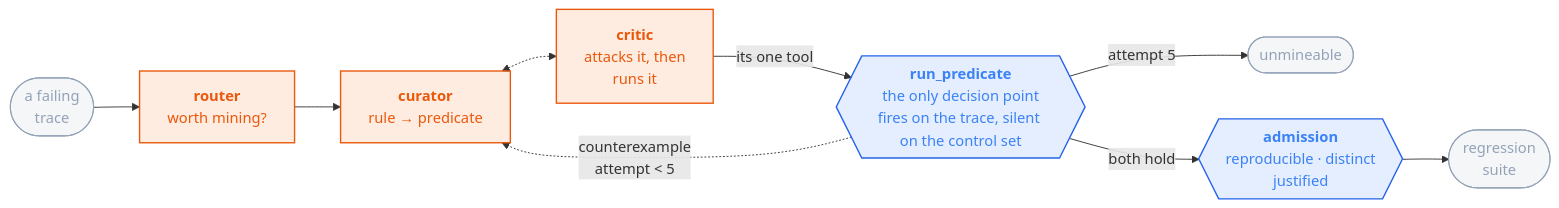
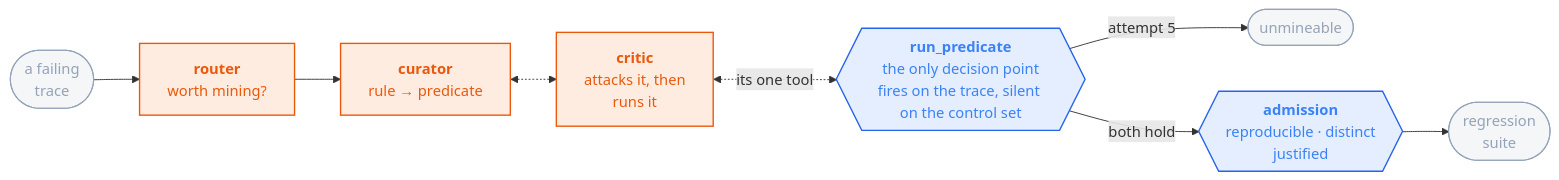
The diagram in README.md (sandeepyadav1478/touchstone), drawn with Mermaid before and after one commit. The commit also changed other lines of this file and 2 other files, not shown here.

First line of the commit message:
Delete the run_predicate -> curator edge D-085 made impossible

````diff
--- a/README.md
+++ b/README.md
@@ -77,18 +77,17 @@
 ```mermaid
 flowchart LR
   T(["a failing<br/>trace"]) --> R["<b>router</b><br/>worth mining?"]
   R --> CU["<b>curator</b><br/>rule → predicate"]
   CU <-.-> CR["<b>critic</b><br/>attacks it, then<br/>runs it"]
-  CR -->|"its one tool"| RP{{"<b>run_predicate</b><br/>the only decision point<br/>fires on the trace, silent on the control set"}}
-  RP -. "counterexample<br/>attempt &lt; 5" .-> CU
+  CR <-. "its one tool" .-> RP{{"<b>run_predicate</b><br/>the only decision point<br/>fires on the trace, silent on the control set"}}
   RP -->|"attempt 5"| U(["unmineable"])
   RP -->|"both hold"| AD{{"<b>admission</b><br/>reproducible · distinct<br/>justified"}}
   AD --> S(["regression<br/>suite"])
 
   classDef m fill:#f9731622,stroke:#ea580c,stroke-width:1.5px,color:#ea580c
   classDef d fill:#3b82f622,stroke:#2563eb,stroke-width:1.5px,color:#3b82f6
   classDef io fill:#94a3b81a,stroke:#94a3b8,stroke-width:1.2px,color:#94a3b8
   class R,CU,CR m
   class RP,AD d
   class T,S,U io
 ```
````
